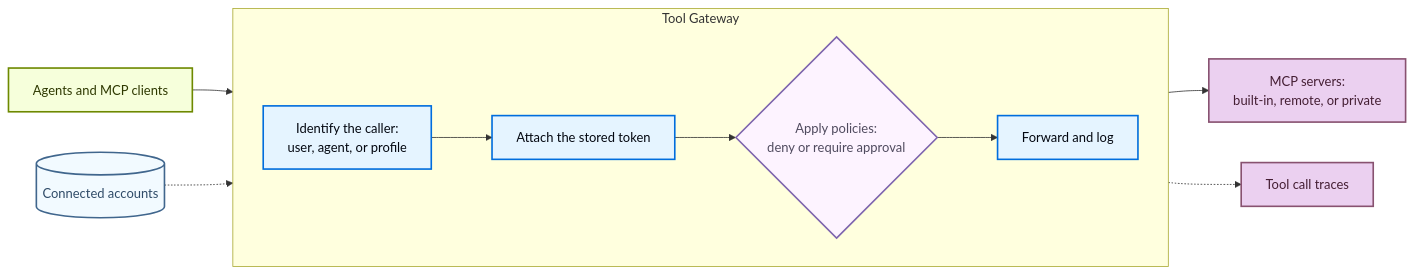
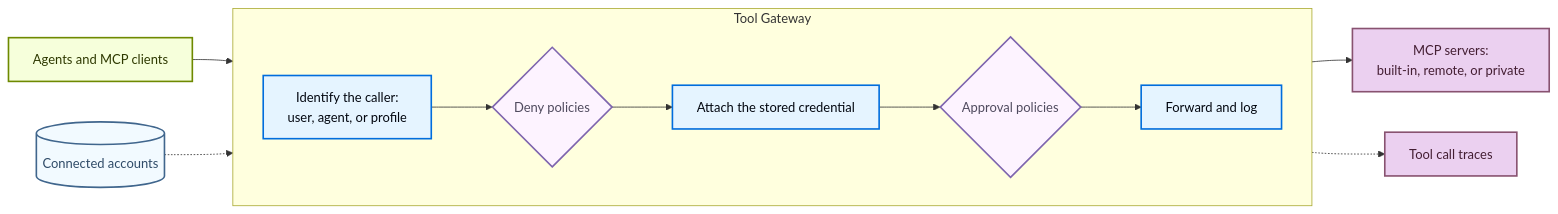
One commit to langchain-ai/docs changed the diagram in src/langsmith/tool-gateway.mdx. Above: the diagram before and after it, drawn with Mermaid. The commit also changed other lines of this file and 7 other files, not shown here.

````diff
--- a/src/langsmith/tool-gateway.mdx
+++ b/src/langsmith/tool-gateway.mdx
@@ -33,27 +34,28 @@
 ```mermaid
 flowchart LR
     A[Agents and MCP clients] --> I
 
     subgraph TG[Tool Gateway]
         direction LR
-        I[Identify the caller:<br/>user, agent, or profile] --> T[Attach the stored token]
-        T --> P{Apply policies:<br/>deny or require approval}
-        P --> F[Forward and log]
+        I[Identify the caller:<br/>user, agent, or profile] --> P{Deny policies}
+        P --> T[Attach the stored credential]
+        T --> R{Approval policies}
+        R --> F[Forward and log]
     end
 
     C[(Connected accounts)] -.-> T
     F --> S[MCP servers:<br/>built-in, remote, or private]
     F -.-> L[Tool call traces]
 
     classDef process fill:#E5F4FF,stroke:#006DDD,stroke-width:2px,color:#030710
     classDef trigger fill:#F6FFDB,stroke:#6E8900,stroke-width:2px,color:#2E3900
     classDef decision fill:#FDF3FF,stroke:#7E65AE,stroke-width:2px,color:#504B5F
     classDef output fill:#EBD0F0,stroke:#885270,stroke-width:2px,color:#441E33
     classDef neutral fill:#F2FAFF,stroke:#40668D,stroke-width:2px,color:#2F4B68
 
     class A trigger
     class I,T,F process
-    class P decision
+    class P,R decision
     class S,L output
     class C neutral
 ```
````
